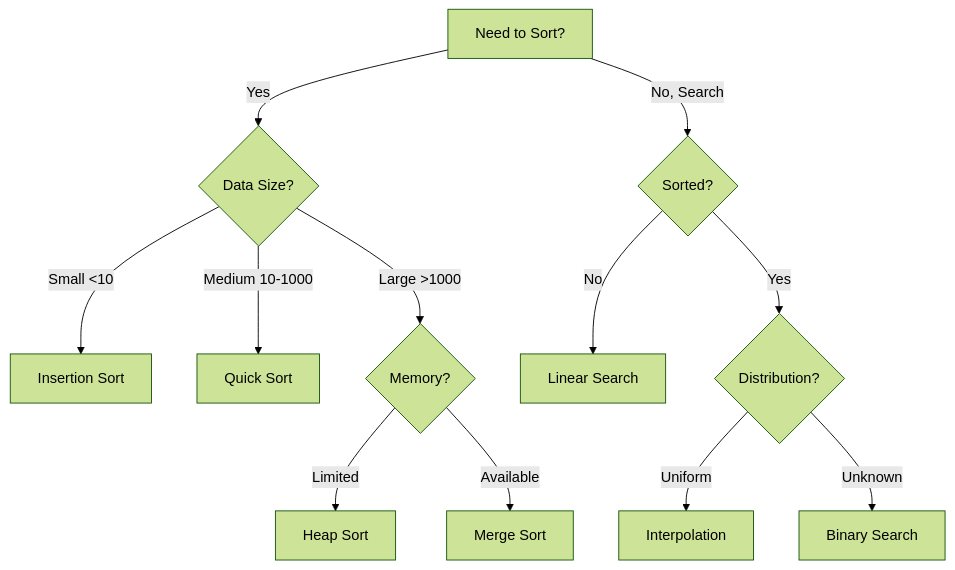
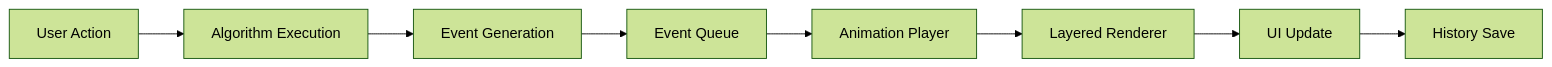
One commit to Abhi260105/Algorithm_Visualizer changed the diagram in README.md. Above: the diagram before and after it, drawn with Mermaid (forest theme). The commit also changed other lines of this file, not shown here.

First line of the commit message:
complete modular algorithm visualizer with 6-part architecture

````diff
--- a/README.md
+++ b/README.md
@@ -804,18 +331,10 @@
 ```mermaid
-graph TD
-    A[Need to Sort?] -->|Yes| B{Data Size?}
-    A -->|No, Search| C{Sorted?}
-    
-    B -->|Small <10| D[Insertion Sort]
-    B -->|Medium 10-1000| E[Quick Sort]
-    B -->|Large >1000| F{Memory?}
-    
-    F -->|Limited| G[Heap Sort]
-    F -->|Available| H[Merge Sort]
-    
-    C -->|No| I[Linear Search]
-    C -->|Yes| J{Distribution?}
-    
-    J -->|Uniform| K[Interpolation]
-    J -->|Unknown| L[Binary Search]
+graph LR
+    A[User Action] --> B[Algorithm Execution]
+    B --> C[Event Generation]
+    C --> D[Event Queue]
+    D --> E[Animation Player]
+    E --> F[Layered Renderer]
+    F --> G[UI Update]
+    G --> H[History Save]
 ```
````
